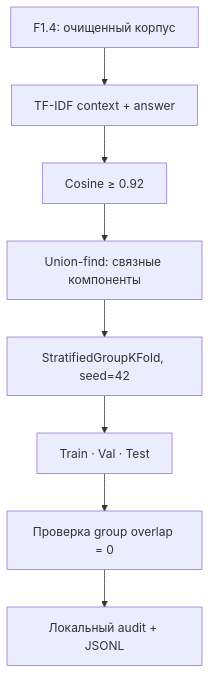
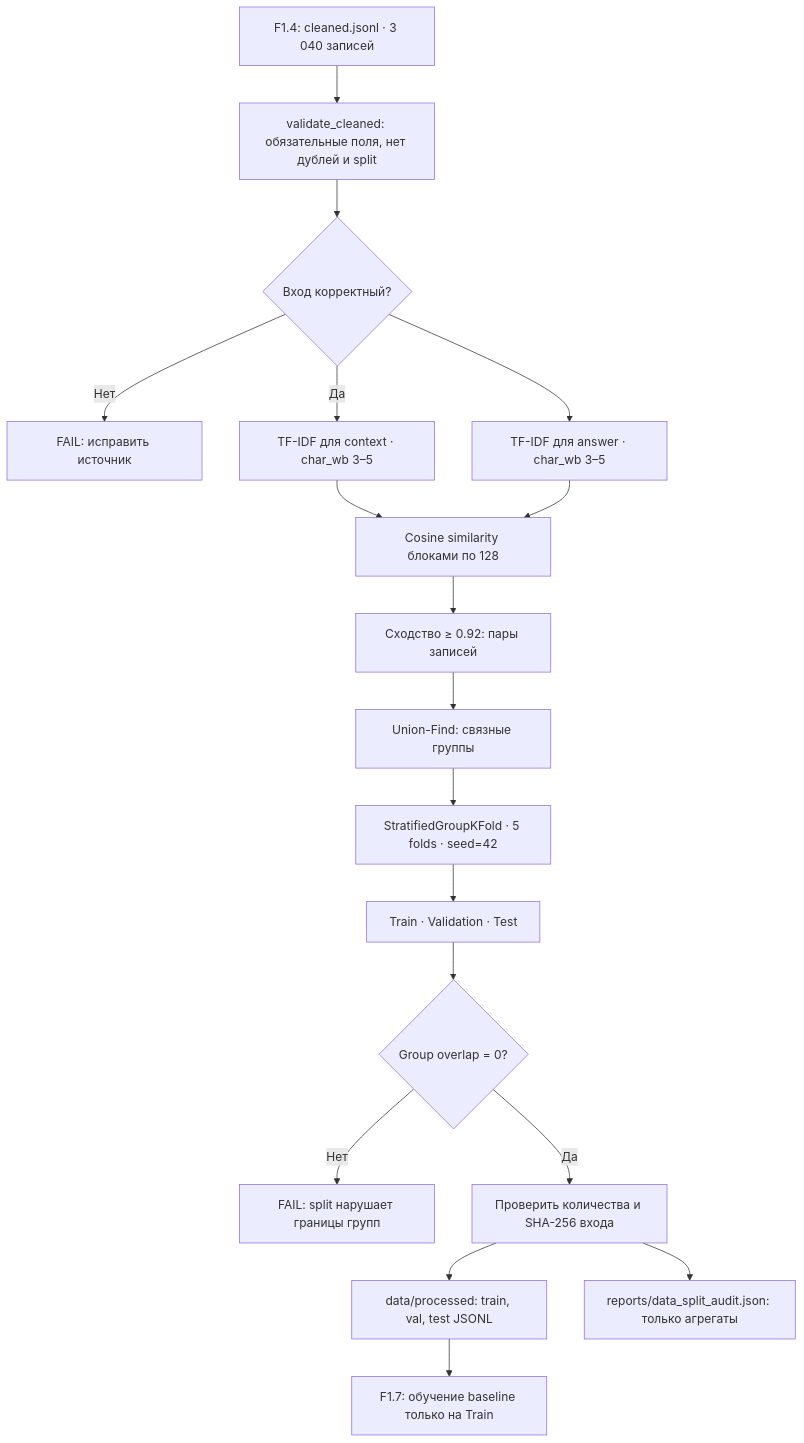
Before and after one commit to trasher88/ml-engineering-lab: the diagram in docs/steps/F1_06_splits.md, drawn with Mermaid. The commit also changed other lines of this file and 8 other files, not shown here.

````diff
--- a/docs/steps/F1_06_splits.md
+++ b/docs/steps/F1_06_splits.md
@@ -23,10 +296,20 @@
 ```mermaid
 flowchart TD
-  A["F1.4: очищенный корпус"] --> B["TF-IDF context + answer"]
-  B --> C["Cosine ≥ 0.92"]
-  C --> D["Union-find: связные компоненты"]
-  D --> E["StratifiedGroupKFold, seed=42"]
-  E --> F["Train · Val · Test"]
-  F --> G["Проверка group overlap = 0"]
-  G --> H["Локальный audit + JSONL"]
+    A["F1.4: cleaned.jsonl · 3 040 записей"] --> B["validate_cleaned: обязательные поля, нет дублей и split"]
+    B --> C{"Вход корректный?"}
+    C -->|Нет| X["FAIL: исправить источник"]
+    C -->|Да| D["TF-IDF для context · char_wb 3–5"]
+    C --> E["TF-IDF для answer · char_wb 3–5"]
+    D --> F["Cosine similarity блоками по 128"]
+    E --> F
+    F --> G["Сходство ≥ 0.92: пары записей"]
+    G --> H["Union-Find: связные группы"]
+    H --> I["StratifiedGroupKFold · 5 folds · seed=42"]
+    I --> J["Train · Validation · Test"]
+    J --> K{"Group overlap = 0?"}
+    K -->|Нет| Y["FAIL: split нарушает границы групп"]
+    K -->|Да| L["Проверить количества и SHA-256 входа"]
+    L --> M["data/processed: train, val, test JSONL"]
+    L --> N["reports/data_split_audit.json: только агрегаты"]
+    M --> O["F1.7: обучение baseline только на Train"]
 ```
````
